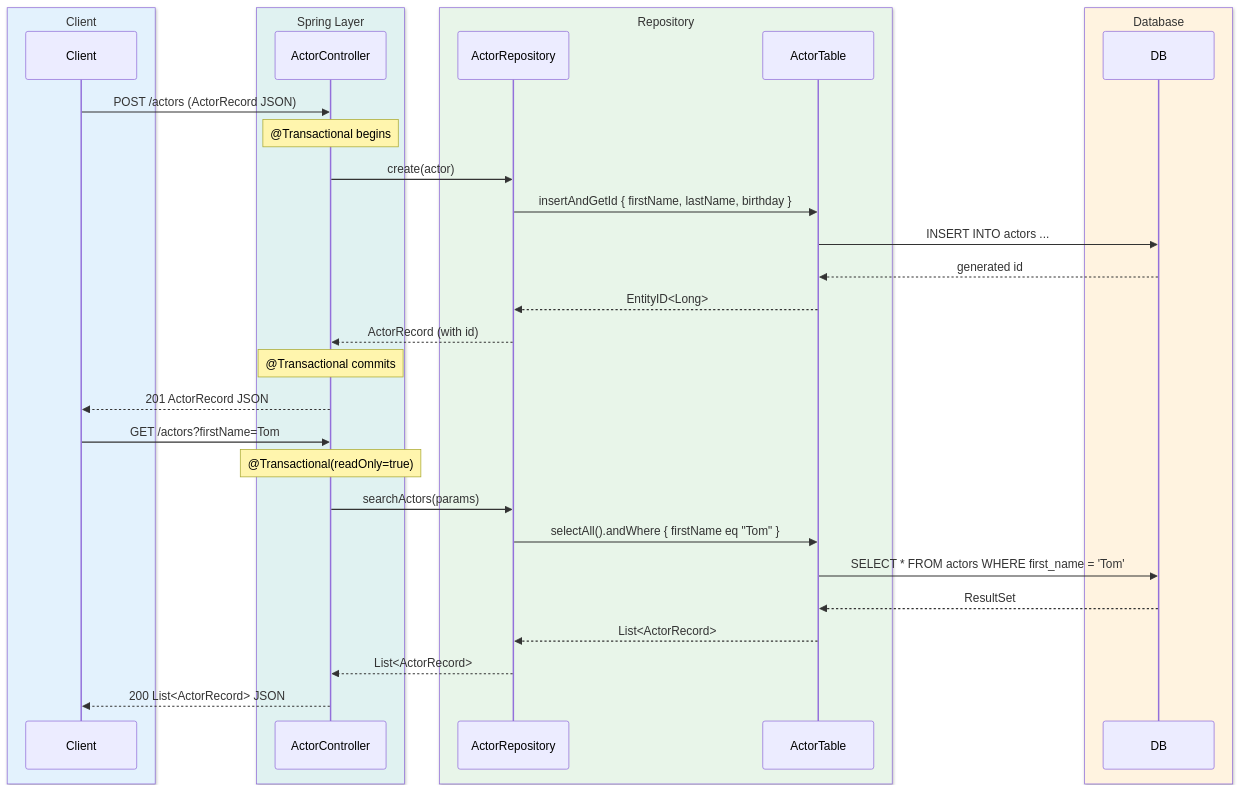
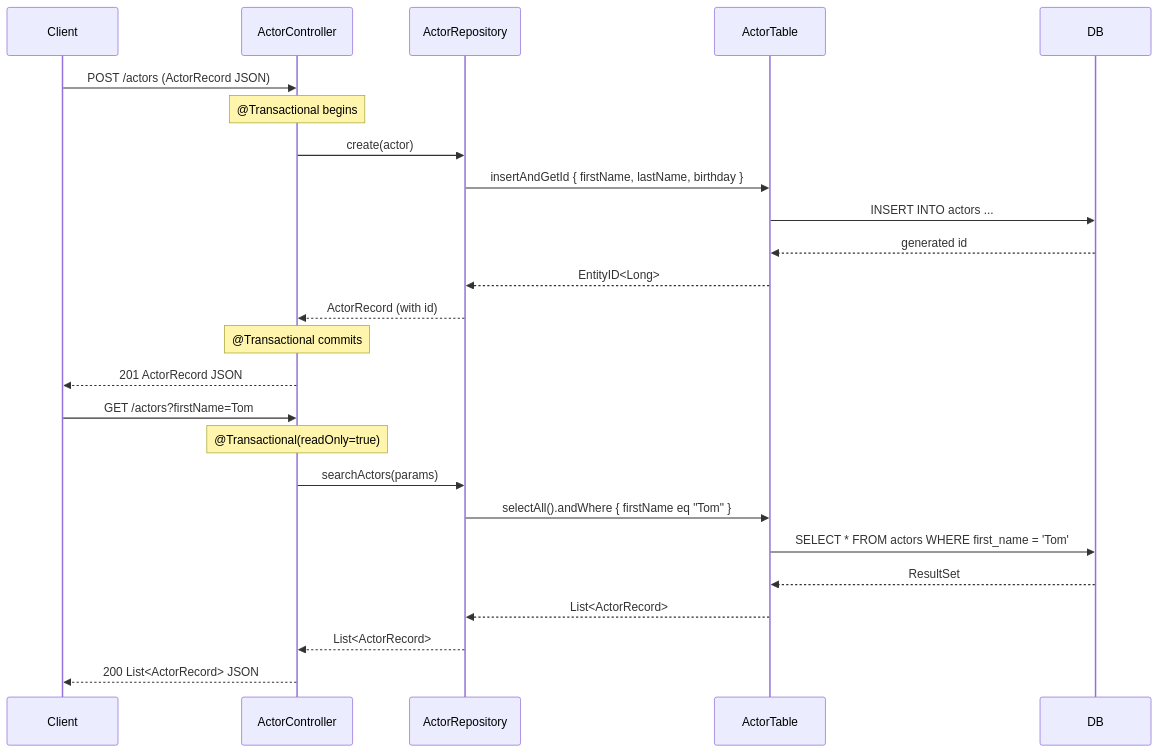
The second of 3 diagrams in 01-spring-boot/spring-mvc-exposed/README.md (bluetape4k/exposed-workshop), drawn with Mermaid before and after one commit. The commit also changed 42 other files, not shown here.

First line of the commit message:
docs: sequence diagram에서 box rgb() 제거 (option 1 - GitHub dark mode 기본 렌더링 사용)

````diff
--- a/01-spring-boot/spring-mvc-exposed/README.md
+++ b/01-spring-boot/spring-mvc-exposed/README.md
@@ -179,36 +179,28 @@
 ```mermaid
 %%{init: {"theme": "neutral", "themeVariables": {"fontFamily": "'Comic Mono', 'goorm sans code', 'JetBrains Mono', 'goorm sans'"}}}%%
 sequenceDiagram
-    box rgb(227, 242, 253) Client
-        participant Client
-    end
-    box rgb(224, 242, 241) Spring Layer
-        participant ActorController
-    end
-    box rgb(232, 245, 233) Repository
-        participant ActorRepository
-        participant ActorTable
-    end
-    box rgb(255, 243, 224) Database
-        participant DB
-    end
+    participant Client
+    participant ActorController
+    participant ActorRepository
+    participant ActorTable
+    participant DB
     Client ->> ActorController: POST /actors (ActorRecord JSON)
     Note over ActorController: @Transactional begins
     ActorController ->> ActorRepository: create(actor)
     ActorRepository ->> ActorTable: insertAndGetId { firstName, lastName, birthday }
     ActorTable ->> DB: INSERT INTO actors ...
     DB -->> ActorTable: generated id
     ActorTable -->> ActorRepository: EntityID<Long>
     ActorRepository -->> ActorController: ActorRecord (with id)
     Note over ActorController: @Transactional commits
     ActorController -->> Client: 201 ActorRecord JSON
     Client ->> ActorController: GET /actors?firstName=Tom
     Note over ActorController: @Transactional(readOnly=true)
     ActorController ->> ActorRepository: searchActors(params)
     ActorRepository ->> ActorTable: selectAll().andWhere { firstName eq "Tom" }
     ActorTable ->> DB: SELECT * FROM actors WHERE first_name = 'Tom'
     DB -->> ActorTable: ResultSet
     ActorTable -->> ActorRepository: List<ActorRecord>
     ActorRepository -->> ActorController: List<ActorRecord>
     ActorController -->> Client: 200 List<ActorRecord> JSON
 ```
````
